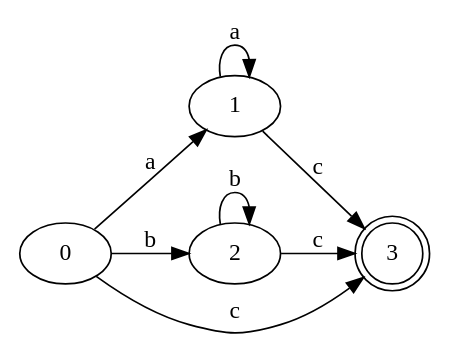
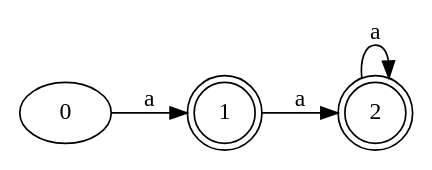
One commit to MaaarcosG/Automatas changed the diagram in Graph/DFA.gv. Above: the diagram before and after it, drawn with Graphviz. The commit also changed 13 other files, not shown here.

```diff
--- a/Graph/DFA.gv
+++ b/Graph/DFA.gv
@@ -1,14 +1,9 @@
 digraph Automata {
 	rankdir=LR
 	0 [label=0]
 	0 -> 1 [label=a]
-	0 -> 2 [label=b]
-	0 -> 3 [label=c]
-	1 [label=1]
-	1 -> 1 [label=a]
-	1 -> 3 [label=c]
-	2 [label=2]
-	2 -> 2 [label=b]
-	2 -> 3 [label=c]
-	3 [label=3 shape=doublecircle]
+	1 [label=1 shape=doublecircle]
+	1 -> 2 [label=a]
+	2 [label=2 shape=doublecircle]
+	2 -> 2 [label=a]
 }
```
